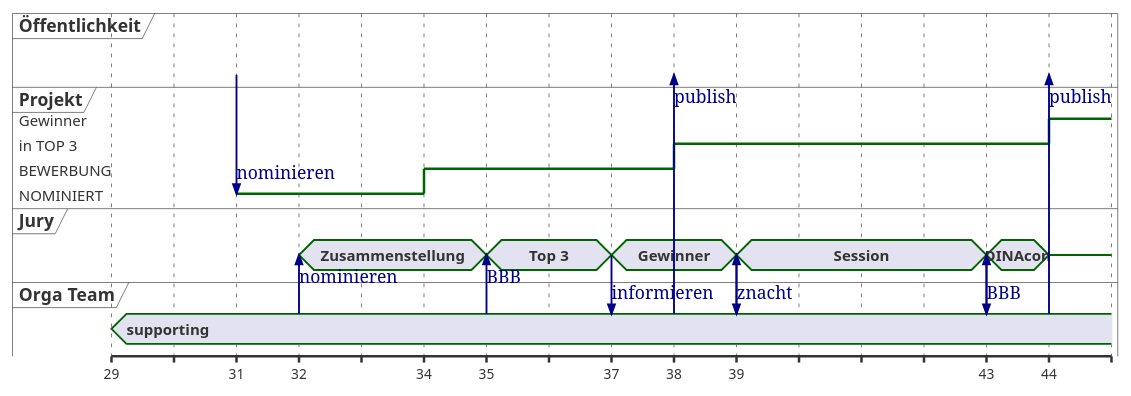
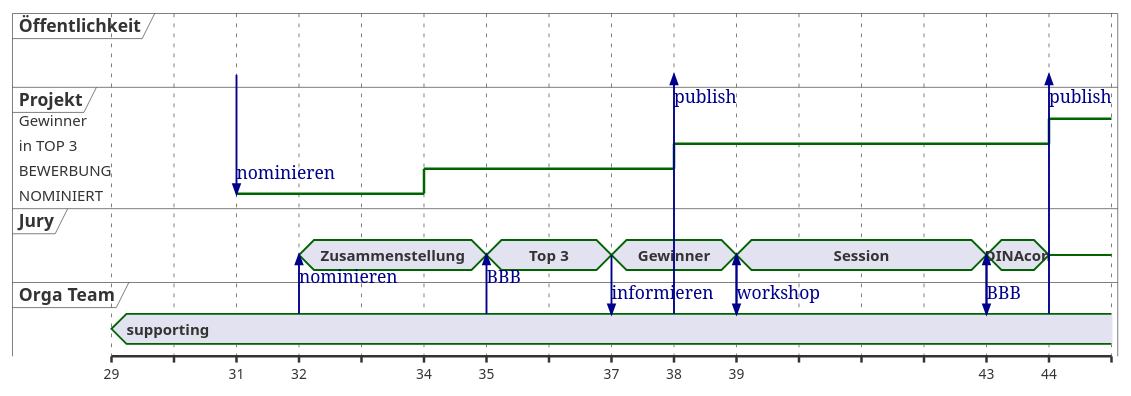
One commit to DINAcon/awards changed the diagram in 2020/timing.puml. Above: the diagram before and after it, drawn with PlantUML.

```diff
--- a/2020/timing.puml
+++ b/2020/timing.puml
@@ -1,47 +1,47 @@
 @startuml
 concise "Öffentlichkeit" as public
 robust "Projekt" as proj
 concise "Jury" as jury
 concise "Orga Team" as orga
 
 @29
 orga is supporting
 
 @+2
 proj is NOMINIERT
 public -> proj : nominieren
 
 @+1
 orga -> jury : nominieren
 jury is Zusammenstellung
 
 @+2
 proj is BEWERBUNG
 
 @+1
 jury is "Top 3"
 orga -> jury : BBB
 
 @+2
 jury is "Gewinner"
 jury -> orga : informieren
 
 @+1
 proj is "in TOP 3"
 orga -> public : publish
 
 @+1
 jury is "Session"
 orga -> jury
-jury -> orga : znacht
+jury -> orga : workshop
 
 @+4
 orga -> jury
 jury -> orga : BBB
 jury is "DINAcon"
 
 @+1
 proj is Gewinner
 orga -> public : publish
 jury is {-}
 @enduml
```
